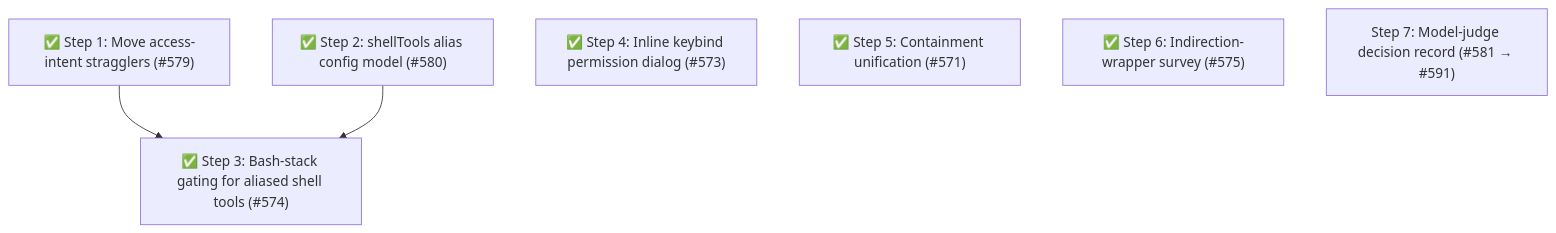
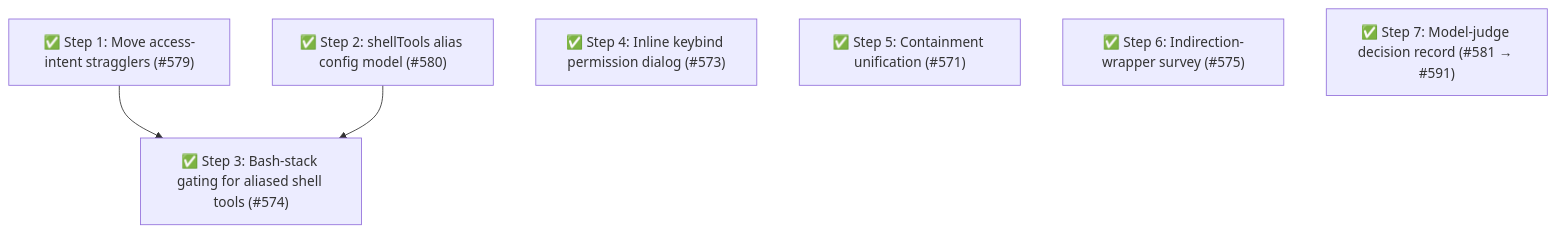
One commit to ashebanow/pi-gotgenes-subagent changed the fourth of 4 diagrams in packages/pi-permission-system/docs/architecture/architecture.md. Above: the diagram before and after it, drawn with Mermaid. The commit also changed other lines of this file, not shown here.

Commit message:
docs(pi-permission-system): reconcile architecture with ADR 0007 and mark Phase 11 Step 7 (#591)

````diff
--- a/packages/pi-permission-system/docs/architecture/architecture.md
+++ b/packages/pi-permission-system/docs/architecture/architecture.md
@@ -997,12 +1010,12 @@
 ```mermaid
 flowchart TD
     S1["✅ Step 1: Move access-intent stragglers (#579)"]
     S2["✅ Step 2: shellTools alias config model (#580)"]
     S3["✅ Step 3: Bash-stack gating for aliased shell tools (#574)"]
     S4["✅ Step 4: Inline keybind permission dialog (#573)"]
     S5["✅ Step 5: Containment unification (#571)"]
     S6["✅ Step 6: Indirection-wrapper survey (#575)"]
-    S7["Step 7: Model-judge decision record (#581 → #591)"]
+    S7["✅ Step 7: Model-judge decision record (#581 → #591)"]
     S1 --> S3
     S2 --> S3
 ```
````
